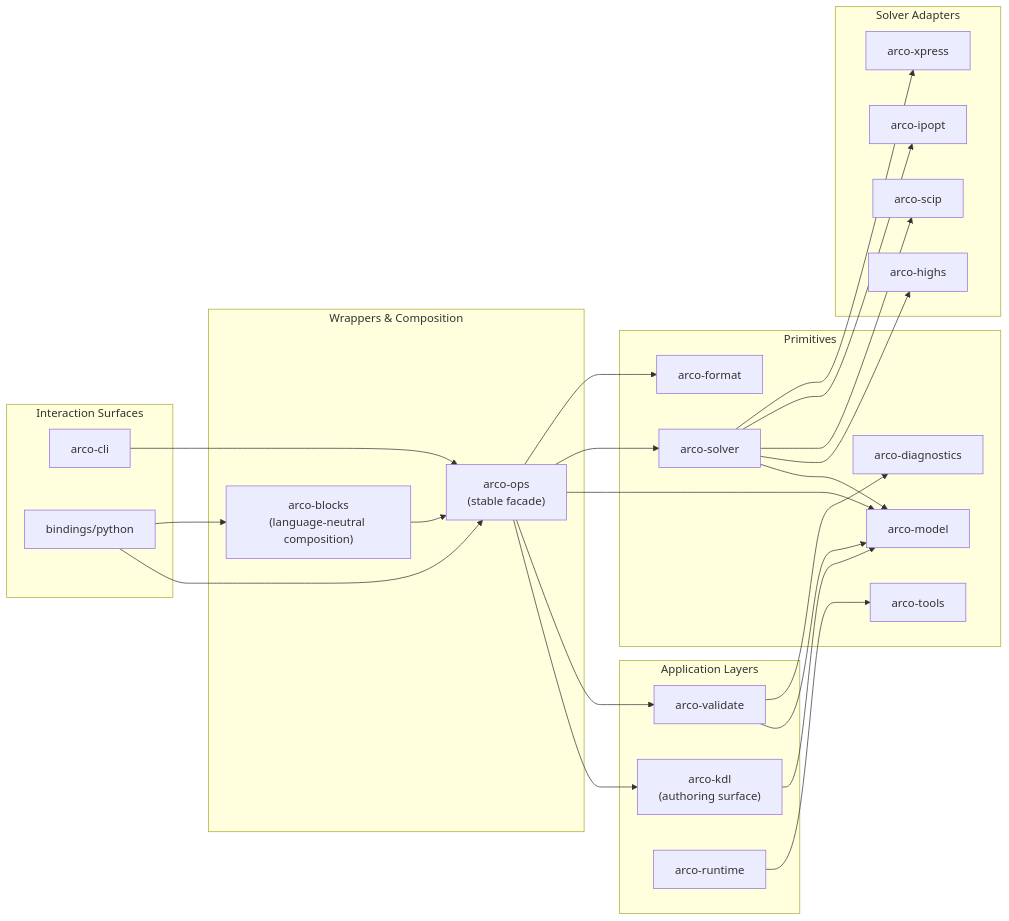
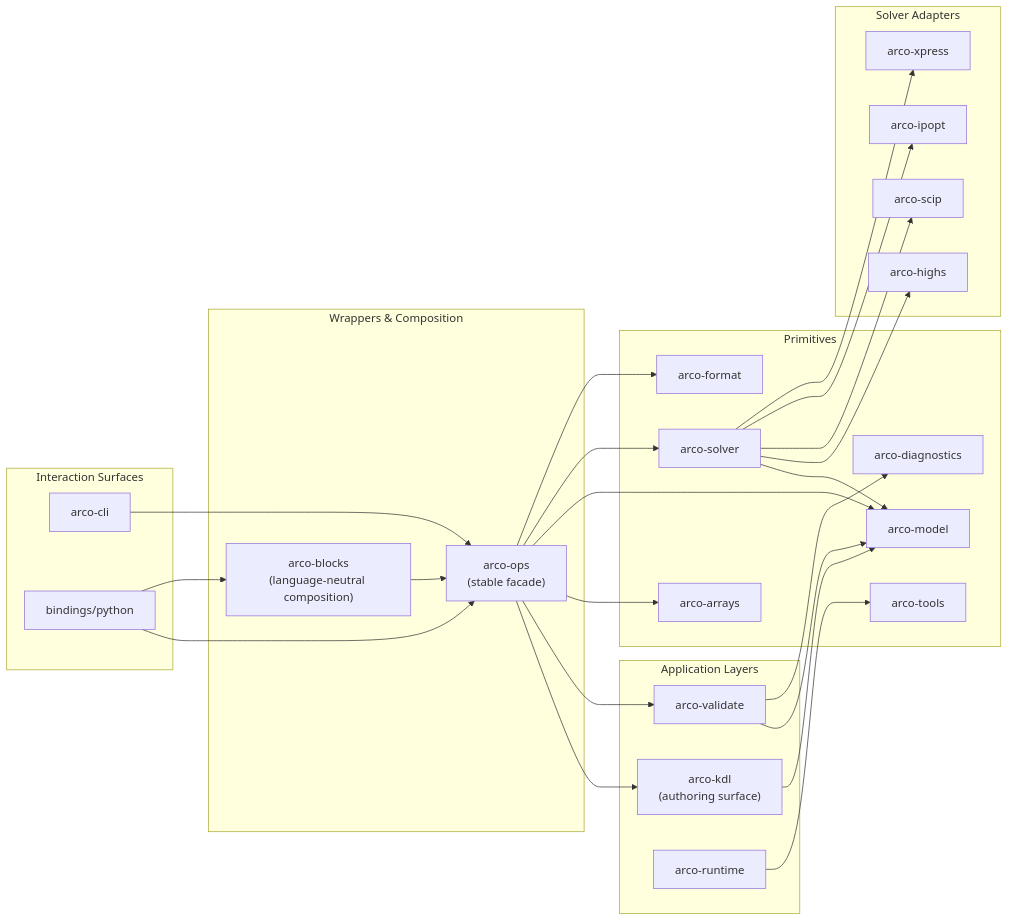
One commit to NatLabRockies/arco changed the diagram in README.md. Above: the diagram before and after it, drawn with Mermaid. The commit also changed other lines of this file and 125 other files, not shown here.

````diff
--- a/README.md
+++ b/README.md
@@ -497,55 +521,57 @@
 ```mermaid
 graph LR
     subgraph Surfaces["Interaction Surfaces"]
         CLI["arco-cli"]
         PY["bindings/python"]
     end
 
     subgraph Wrappers["Wrappers & Composition"]
         OPS["arco-ops\n(stable facade)"]
         BLOCKS["arco-blocks\n(language-neutral composition)"]
     end
 
     subgraph App["Application Layers"]
         KDL["arco-kdl\n(authoring surface)"]
         VALIDATE["arco-validate"]
         RUNTIME["arco-runtime"]
     end
 
     subgraph Primitives["Primitives"]
+        ARRAYS["arco-arrays"]
         MODEL["arco-model"]
         SOLVER["arco-solver"]
         FORMAT["arco-format"]
         DIAG["arco-diagnostics"]
         TOOLS["arco-tools"]
     end
 
     subgraph Adapters["Solver Adapters"]
         HIGHS["arco-highs"]
         SCIP["arco-scip"]
         IPOPT["arco-ipopt"]
         XPRESS["arco-xpress"]
     end
 
     CLI --> OPS
     PY --> OPS
     PY --> BLOCKS
     BLOCKS --> OPS
 
     OPS --> KDL
     OPS --> VALIDATE
+    OPS --> ARRAYS
     OPS --> MODEL
     OPS --> SOLVER
     OPS --> FORMAT
 
     KDL --> MODEL
     VALIDATE --> MODEL
     VALIDATE --> DIAG
     RUNTIME --> TOOLS
 
     SOLVER --> MODEL
     SOLVER --> HIGHS
     SOLVER --> SCIP
     SOLVER --> IPOPT
     SOLVER --> XPRESS
 ```
````
